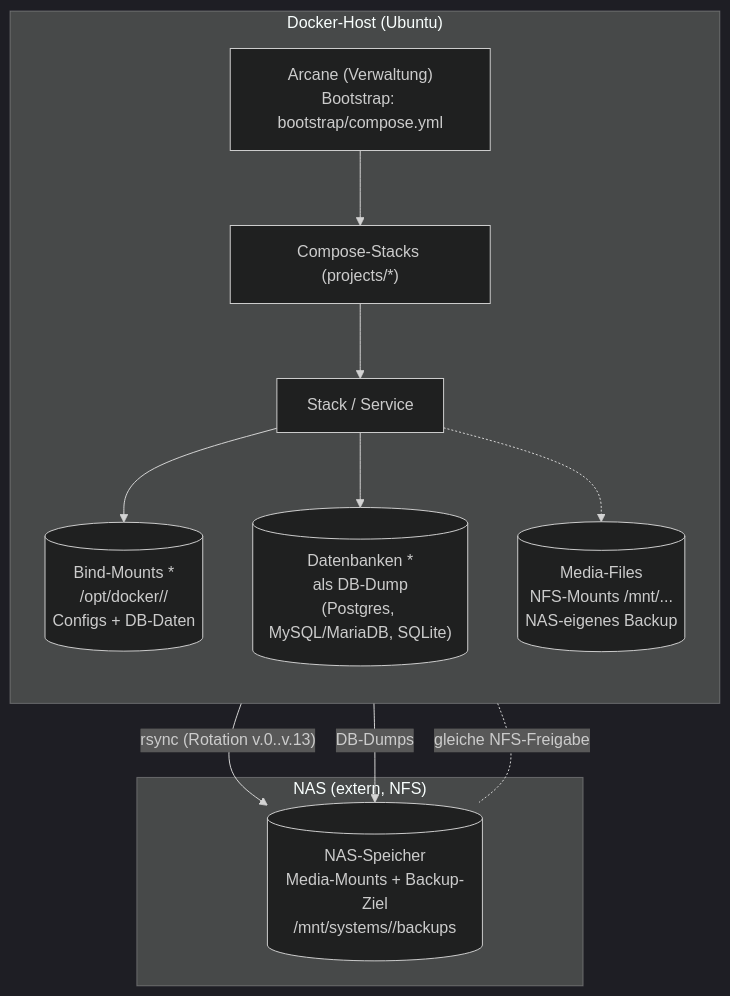
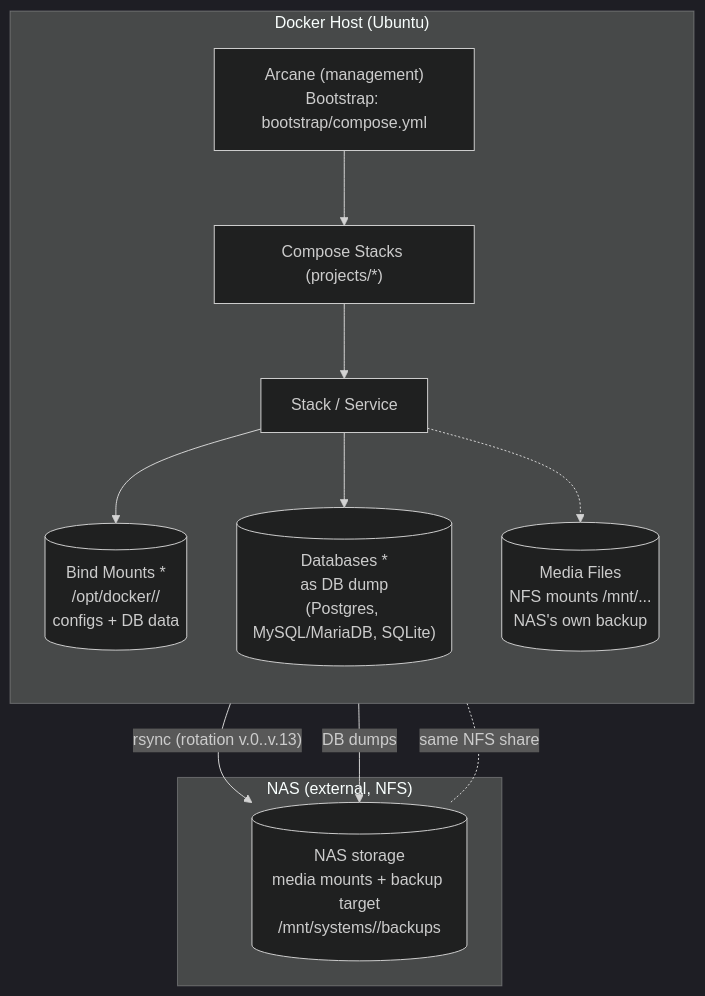
The diagram in README.md (yauh-mistral/homelab-docker-stack), drawn with Mermaid (dark theme) before and after one commit. The commit also changed other lines of this file and 65 other files, not shown here.

Commit message:
export: English documentation for homelab-docker-stack (drop-off branch, not for merge)

````diff
--- a/README.md
+++ b/README.md
@@ -46,20 +45,18 @@
 ```mermaid
 flowchart TB
-    subgraph host["Docker-Host (Ubuntu)"]
+    subgraph host["Docker Host (Ubuntu)"]
         direction TB
-        A["Arcane (Verwaltung)<br/>Bootstrap: bootstrap/compose.yml"]
-        A --> S["Compose-Stacks (projects/*)"]
+        A["Arcane (management)<br/>Bootstrap: bootstrap/compose.yml"]
+        A --> S["Compose Stacks (projects/*)"]
         S --> STK["Stack / Service"]
-        STK --> BD[("Bind-Mounts *<br/>/opt/docker/<stack>/<br/>Configs + DB-Daten")]
-        STK --> DB[("Datenbanken *<br/>als DB-Dump<br/>(Postgres, MySQL/MariaDB, SQLite)")]
-        STK -.-> MF[("Media-Files<br/>NFS-Mounts /mnt/...<br/>NAS-eigenes Backup")]
+        STK --> BD[("Bind Mounts *<br/>/opt/docker/<stack>/<br/>configs + DB data")]
+        STK --> DB[("Databases *<br/>as DB dump<br/>(Postgres, MySQL/MariaDB, SQLite)")]
+        STK -.-> MF[("Media Files<br/>NFS mounts /mnt/...<br/>NAS's own backup")]
     end
-
-    subgraph nas["NAS (extern, NFS)"]
-        NAS[("NAS-Speicher<br/>Media-Mounts + Backup-Ziel<br/>/mnt/systems/<host>/backups")]
+    subgraph nas["NAS (external, NFS)"]
+        NAS[("NAS storage<br/>media mounts + backup target<br/>/mnt/systems/<host>/backups")]
     end
-
-    BD -->|"rsync (Rotation v.0..v.13)"| NAS
-    DB -->|"DB-Dumps"| NAS
-    MF -.-|"gleiche NFS-Freigabe"| NAS
+    BD -->|"rsync (rotation v.0..v.13)"| NAS
+    DB -->|"DB dumps"| NAS
+    MF -.-|"same NFS share"| NAS
 ```
````
